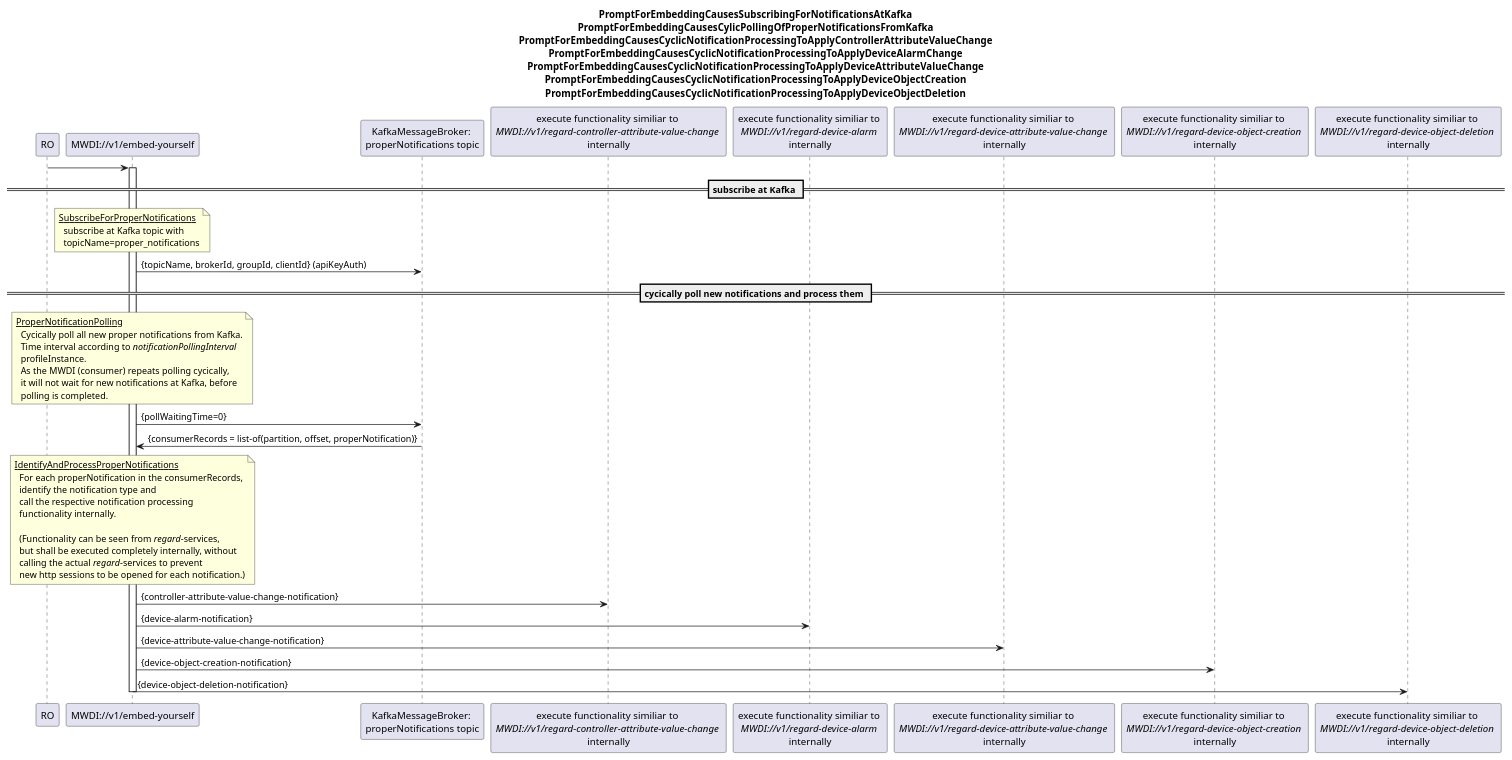
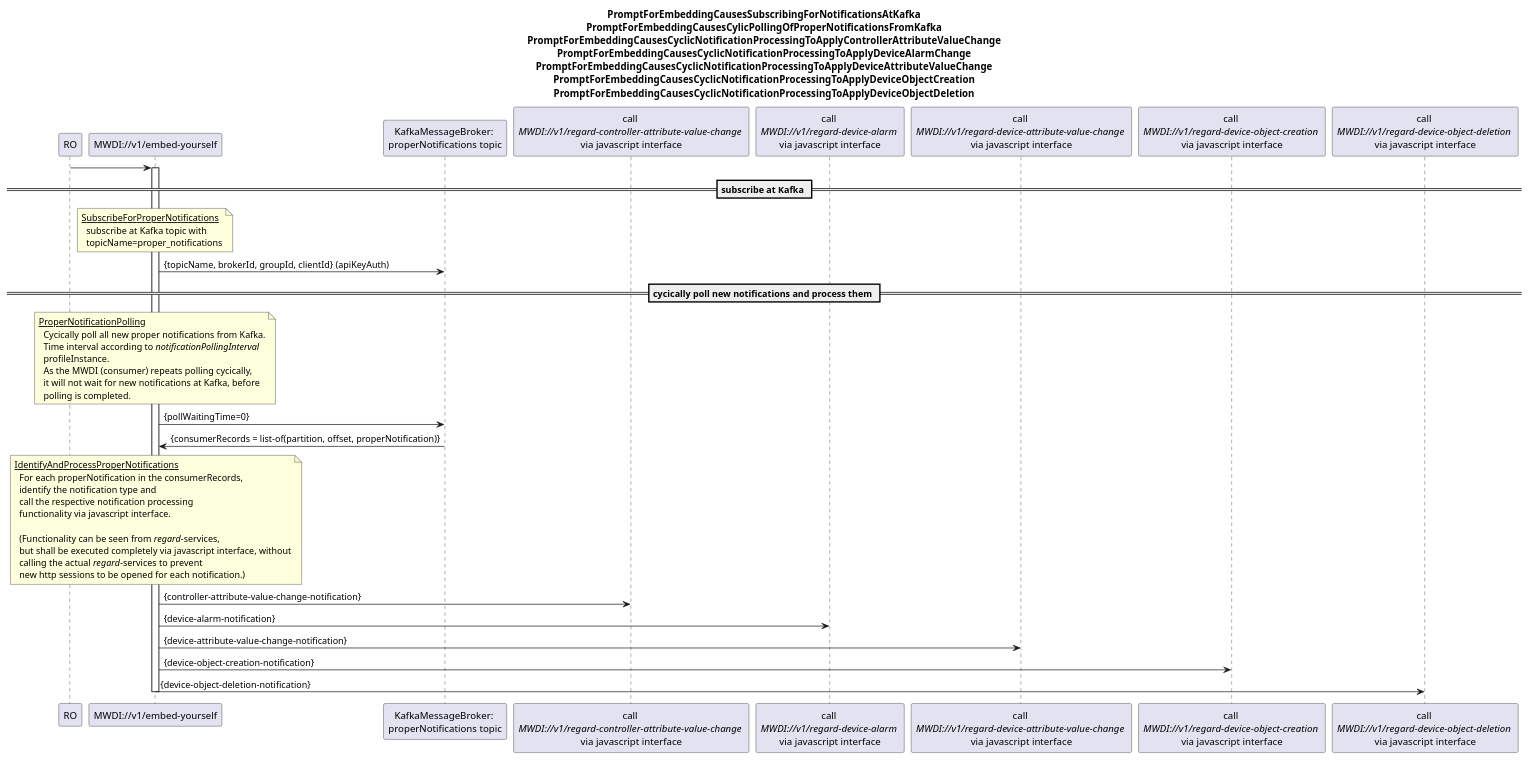
One commit to openBackhaul/MicroWaveDeviceInventory changed the diagram in spec/diagrams/01x_NotifcationPollingFromKafkaAndProcessing.plantuml. Above: the diagram before and after it, drawn with PlantUML. The commit also changed 12 other files, not shown here.

Commit message:
Refine calling regard services internally Fixes #1309

```diff
--- a/spec/diagrams/01x_NotifcationPollingFromKafkaAndProcessing.plantuml
+++ b/spec/diagrams/01x_NotifcationPollingFromKafkaAndProcessing.plantuml
@@ -1,68 +1,68 @@
 @startuml 01x_NotificationPollingFromKafkaAndProcessing
 skinparam responseMessageBelowArrow true
 
 title 
 PromptForEmbeddingCausesSubscribingForNotificationsAtKafka
 PromptForEmbeddingCausesCylicPollingOfProperNotificationsFromKafka
 PromptForEmbeddingCausesCyclicNotificationProcessingToApplyControllerAttributeValueChange
 PromptForEmbeddingCausesCyclicNotificationProcessingToApplyDeviceAlarmChange
 PromptForEmbeddingCausesCyclicNotificationProcessingToApplyDeviceAttributeValueChange
 PromptForEmbeddingCausesCyclicNotificationProcessingToApplyDeviceObjectCreation
 PromptForEmbeddingCausesCyclicNotificationProcessingToApplyDeviceObjectDeletion
 end title
 
 participant "RO" as ro
 participant "MWDI://v1/embed-yourself" as mwdi
 participant "KafkaMessageBroker: \nproperNotifications topic" as kafka
-participant "execute functionality similiar to \n<i>MWDI://v1/regard-controller-attribute-value-change </i>\ninternally" as regardCtrlAttChange
-participant "execute functionality similiar to \n<i>MWDI://v1/regard-device-alarm </i>\ninternally" as regardAlarm
-participant "execute functionality similiar to \n<i>MWDI://v1/regard-device-attribute-value-change </i>\ninternally" as regardDevAttChange
-participant "execute functionality similiar to \n<i>MWDI://v1/regard-device-object-creation </i>\ninternally" as regardDevObjCreation
-participant "execute functionality similiar to \n<i>MWDI://v1/regard-device-object-deletion </i>\ninternally" as regardDevObjDeletion
+participant "call \n<i>MWDI://v1/regard-controller-attribute-value-change </i>\nvia javascript interface" as regardCtrlAttChange
+participant "call \n<i>MWDI://v1/regard-device-alarm </i>\nvia javascript interface" as regardAlarm
+participant "call \n<i>MWDI://v1/regard-device-attribute-value-change </i>\nvia javascript interface" as regardDevAttChange
+participant "call \n<i>MWDI://v1/regard-device-object-creation </i>\nvia javascript interface" as regardDevObjCreation
+participant "call \n<i>MWDI://v1/regard-device-object-deletion </i>\nvia javascript interface" as regardDevObjDeletion
 
 ro -> mwdi
 activate mwdi
 
 
 == subscribe at Kafka ==
 note over mwdi
 <u>SubscribeForProperNotifications</u>
   subscribe at Kafka topic with
   topicName=proper_notifications
 end note
 mwdi -> kafka: {topicName, brokerId, groupId, clientId} (apiKeyAuth)
 
 == cycically poll new notifications and process them ==
 note over mwdi
 <u>ProperNotificationPolling</u>
   Cycically poll all new proper notifications from Kafka.
   Time interval according to <i>notificationPollingInterval</i>
   profileInstance.
   As the MWDI (consumer) repeats polling cycically,
   it will not wait for new notifications at Kafka, before
   polling is completed.
 end note
 mwdi -> kafka: {pollWaitingTime=0}
 kafka -> mwdi: {consumerRecords = list-of(partition, offset, properNotification)}
 
 note over mwdi
 <u>IdentifyAndProcessProperNotifications</u>
   For each properNotification in the consumerRecords,
   identify the notification type and 
   call the respective notification processing
-  functionality internally.
+  functionality via javascript interface.
 
   (Functionality can be seen from <i>regard</i>-services,
-  but shall be executed completely internally, without
+  but shall be executed completely via javascript interface, without
   calling the actual <i>regard</i>-services to prevent
   new http sessions to be opened for each notification.)
 end note
 mwdi -> regardCtrlAttChange: {controller-attribute-value-change-notification}
 mwdi -> regardAlarm: {device-alarm-notification}
 mwdi -> regardDevAttChange: {device-attribute-value-change-notification}
 mwdi -> regardDevObjCreation: {device-object-creation-notification}
 mwdi -> regardDevObjDeletion: {device-object-deletion-notification}
 
 deactivate mwdi
 
 @enduml
```
